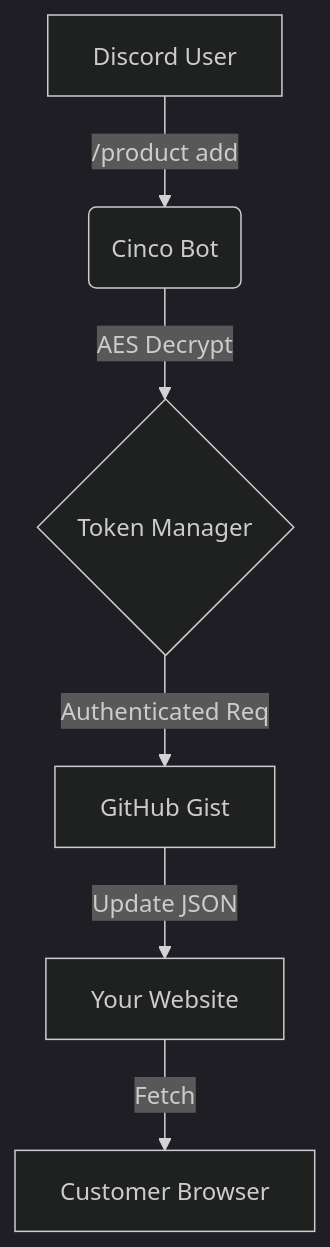
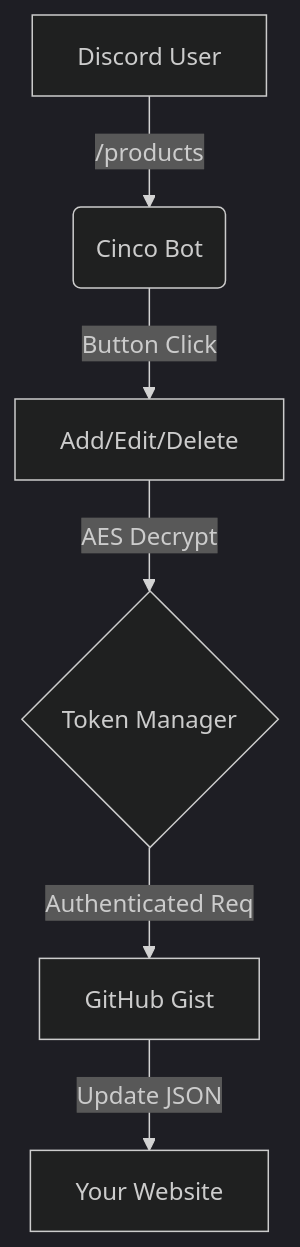
Before and after one commit to Microck/cinco: the diagram in README.md, drawn with Mermaid (dark theme). The commit also changed other lines of this file and 2 other files, not shown here.

````diff
--- a/README.md
+++ b/README.md
@@ -69,8 +58,8 @@
 ```mermaid
 flowchart TD
-    A[Discord User] -->|/product add| B(Cinco Bot)
-    B -->|AES Decrypt| C{Token Manager}
-    C -->|Authenticated Req| D[GitHub Gist]
-    D -->|Update JSON| E[Your Website]
-    E -->|Fetch| F[Customer Browser]
+    A[Discord User] -->|/products| B(Cinco Bot)
+    B -->|Button Click| C[Add/Edit/Delete]
+    C -->|AES Decrypt| D{Token Manager}
+    D -->|Authenticated Req| E[GitHub Gist]
+    E -->|Update JSON| F[Your Website]
 ```
````
